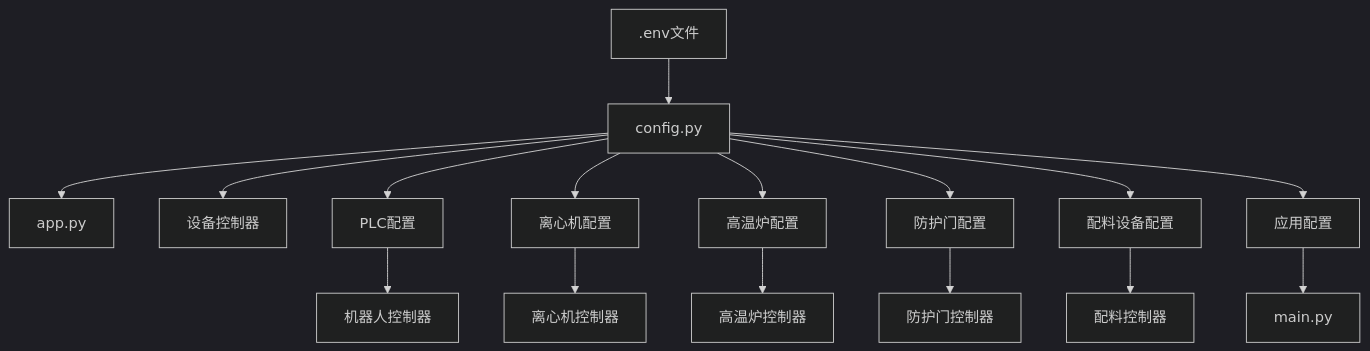
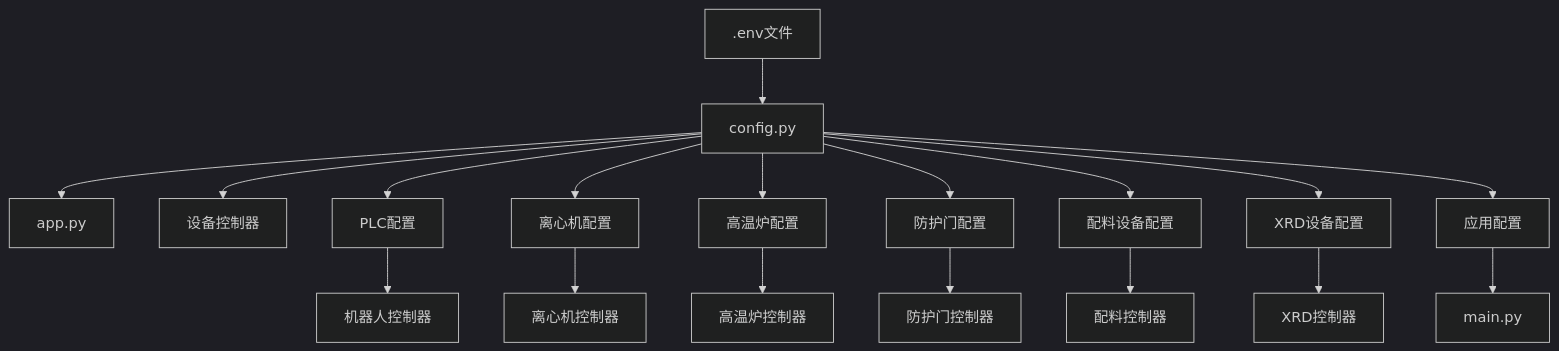
One commit to nipeone/ai4device changed the eighth of 11 diagrams in docs/系统架构流程图.md. Above: the diagram before and after it, drawn with Mermaid (dark theme). The commit also changed other lines of this file, not shown here.

````diff
--- a/docs/系统架构流程图.md
+++ b/docs/系统架构流程图.md
@@ -455,20 +474,22 @@
 ```mermaid
 graph TB
     ENV[.env文件] --> CONFIG[config.py]
     CONFIG --> APP[app.py]
     CONFIG --> DEVICES[设备控制器]
     
     CONFIG --> PLC_CFG[PLC配置]
     CONFIG --> CENT_CFG[离心机配置]
     CONFIG --> OVEN_CFG[高温炉配置]
     CONFIG --> DOOR_CFG[防护门配置]
     CONFIG --> MIXER_CFG[配料设备配置]
+    CONFIG --> XRD_CFG[XRD设备配置]
     CONFIG --> APP_CFG[应用配置]
     
     PLC_CFG --> ROBOT_CTRL[机器人控制器]
     CENT_CFG --> CENT_CTRL[离心机控制器]
     OVEN_CFG --> OVEN_CTRL[高温炉控制器]
     DOOR_CFG --> DOOR_CTRL[防护门控制器]
     MIXER_CFG --> MIXER_CTRL[配料控制器]
+    XRD_CFG --> XRD_CTRL[XRD控制器]
     APP_CFG --> MAIN[main.py]
 ```
````
